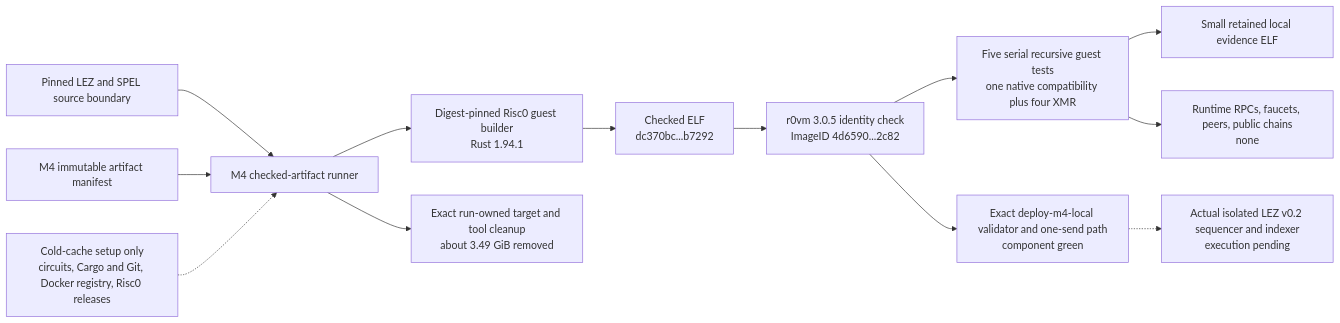
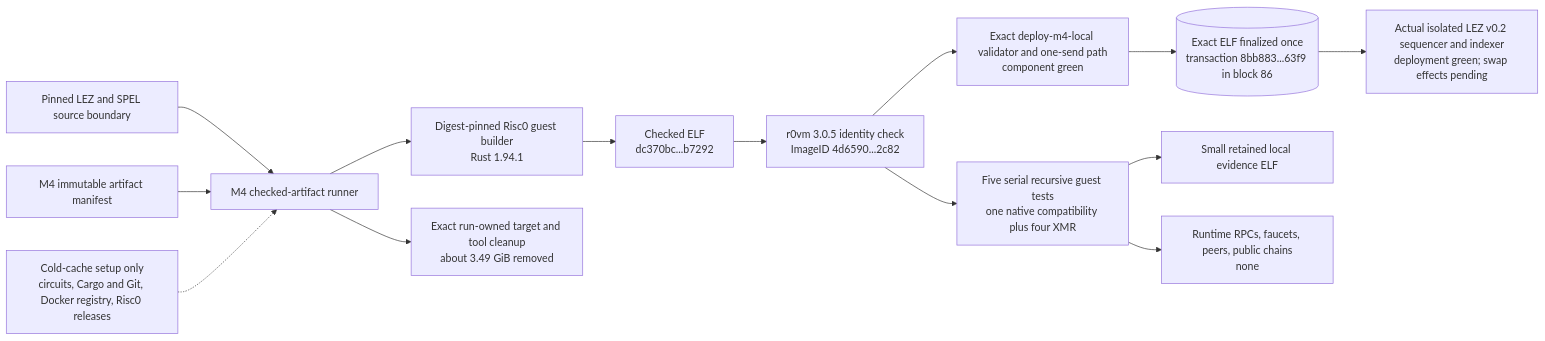
The second of 12 diagrams in docs/architecture/deployment-components-and-rpcs.md (gateway-fm/lez-atomic-swaps), drawn with Mermaid before and after one commit. The commit also changed other lines of this file and 10 other files, not shown here.

Commit message:
feat(m4): prove exact local deployment checkpoint

````diff
--- a/docs/architecture/deployment-components-and-rpcs.md
+++ b/docs/architecture/deployment-components-and-rpcs.md
@@ -140,15 +141,16 @@
 ```mermaid
 flowchart LR
     Source["Pinned LEZ and SPEL source boundary"] --> Runner["M4 checked-artifact runner"]
     Manifest["M4 immutable artifact manifest"] --> Runner
     Cold["Cold-cache setup only<br/>circuits, Cargo and Git, Docker registry, Risc0 releases"] -.-> Runner
     Runner --> Builder["Digest-pinned Risc0 guest builder<br/>Rust 1.94.1"]
     Builder --> Elf["Checked ELF<br/>dc370bc...b7292"]
     Elf --> Identity["r0vm 3.0.5 identity check<br/>ImageID 4d6590...2c82"]
     Identity --> Recursive["Five serial recursive guest tests<br/>one native compatibility plus four XMR"]
     Identity --> Deployer["Exact deploy-m4-local validator and one-send path<br/>component green"]
-    Deployer -.-> LocalStack["Actual isolated LEZ v0.2 sequencer and indexer<br/>execution pending"]
+    Deployer --> DeploymentEvidence[("Exact ELF finalized once<br/>transaction 8bb883...63f9 in block 86")]
+    DeploymentEvidence --> LocalStack["Actual isolated LEZ v0.2 sequencer and indexer<br/>deployment green; swap effects pending"]
     Recursive --> Evidence["Small retained local evidence ELF"]
     Recursive --> RuntimeBoundary["Runtime RPCs, faucets, peers, public chains<br/>none"]
     Runner --> Cleanup["Exact run-owned target and tool cleanup<br/>about 3.49 GiB removed"]
 ```
````
